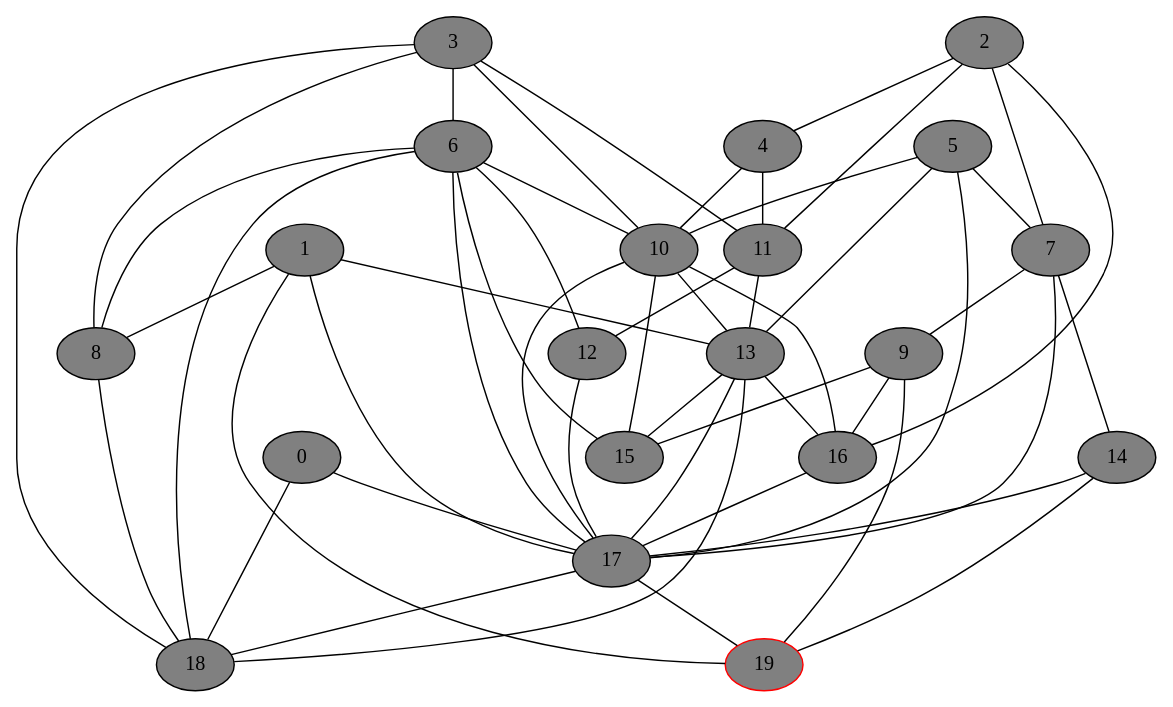
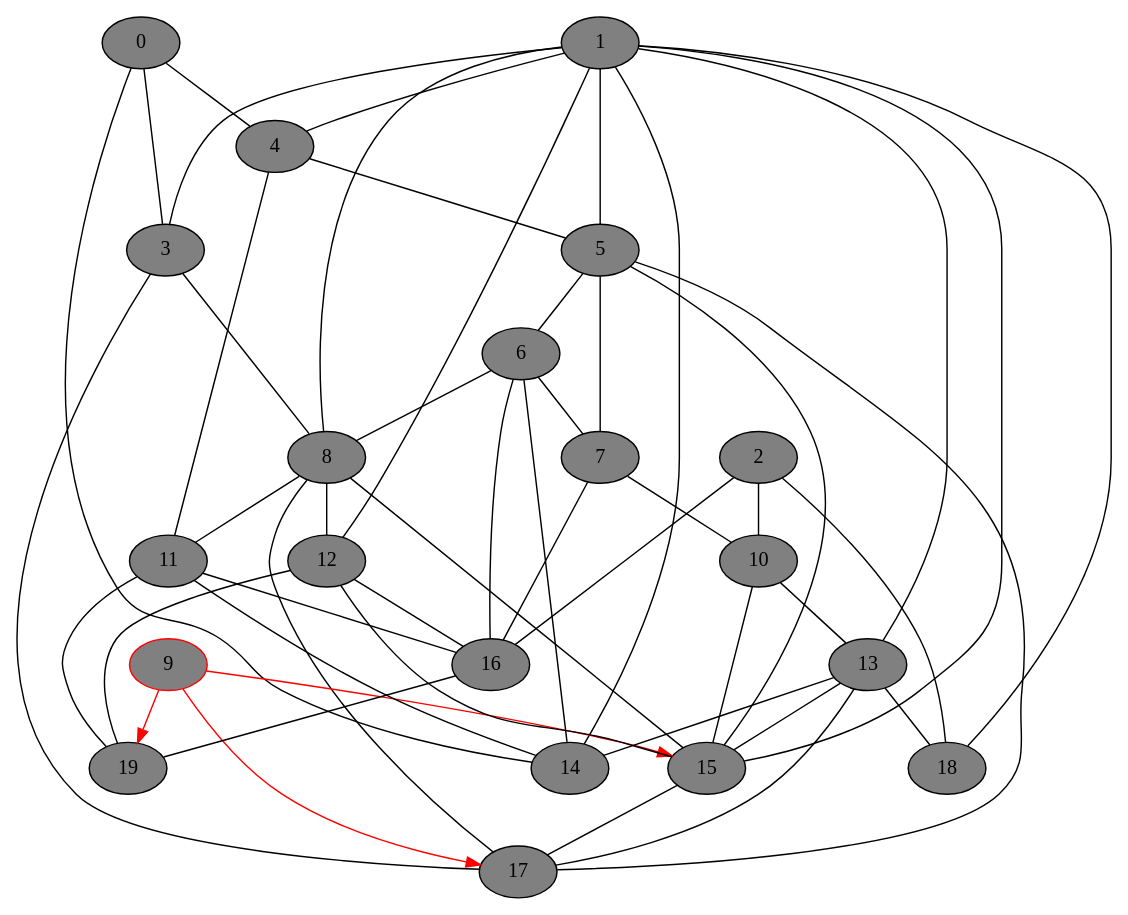
Before and after one commit to DSMishler/EBA_models: the diagram in gv_graphs/nxt0096.dot, drawn with Graphviz. The commit also changed 941 other files, not shown here.

```diff
--- a/gv_graphs/nxt0096.dot
+++ b/gv_graphs/nxt0096.dot
@@ -1,74 +1,74 @@
 // network test graph
 digraph
 {
 	0 [fillcolor=gray,style=filled,]
 	1 [fillcolor=gray,style=filled,]
 	2 [fillcolor=gray,style=filled,]
 	3 [fillcolor=gray,style=filled,]
 	4 [fillcolor=gray,style=filled,]
 	5 [fillcolor=gray,style=filled,]
 	6 [fillcolor=gray,style=filled,]
 	7 [fillcolor=gray,style=filled,]
 	8 [fillcolor=gray,style=filled,]
-	9 [fillcolor=gray,style=filled,]
+	9 [fillcolor=gray,style=filled,color=red,]
 	10 [fillcolor=gray,style=filled,]
 	11 [fillcolor=gray,style=filled,]
 	12 [fillcolor=gray,style=filled,]
 	13 [fillcolor=gray,style=filled,]
 	14 [fillcolor=gray,style=filled,]
 	15 [fillcolor=gray,style=filled,]
 	16 [fillcolor=gray,style=filled,]
 	17 [fillcolor=gray,style=filled,]
 	18 [fillcolor=gray,style=filled,]
-	19 [fillcolor=gray,style=filled,color=red,]
-	0 -> 17 [dir=none]
-	0 -> 18 [dir=none]
+	19 [fillcolor=gray,style=filled,]
+	0 -> 3 [dir=none]
+	0 -> 4 [dir=none]
+	0 -> 14 [dir=none]
+	1 -> 3 [dir=none]
+	1 -> 4 [dir=none]
+	1 -> 5 [dir=none]
 	1 -> 8 [dir=none]
+	1 -> 12 [dir=none]
 	1 -> 13 [dir=none]
-	1 -> 17 [dir=none]
-	1 -> 19 [dir=none]
-	2 -> 4 [dir=none]
-	2 -> 7 [dir=none]
-	2 -> 11 [dir=none]
+	1 -> 14 [dir=none]
+	1 -> 15 [dir=none]
+	1 -> 18 [dir=none]
+	2 -> 10 [dir=none]
 	2 -> 16 [dir=none]
-	3 -> 6 [dir=none]
+	2 -> 18 [dir=none]
 	3 -> 8 [dir=none]
-	3 -> 10 [dir=none]
-	3 -> 11 [dir=none]
-	3 -> 18 [dir=none]
-	4 -> 10 [dir=none]
+	3 -> 17 [dir=none]
+	4 -> 5 [dir=none]
 	4 -> 11 [dir=none]
+	5 -> 6 [dir=none]
 	5 -> 7 [dir=none]
-	5 -> 10 [dir=none]
-	5 -> 13 [dir=none]
+	5 -> 15 [dir=none]
 	5 -> 17 [dir=none]
+	6 -> 7 [dir=none]
 	6 -> 8 [dir=none]
-	6 -> 10 [dir=none]
-	6 -> 12 [dir=none]
-	6 -> 15 [dir=none]
-	6 -> 17 [dir=none]
-	6 -> 18 [dir=none]
-	7 -> 9 [dir=none]
-	7 -> 14 [dir=none]
-	7 -> 17 [dir=none]
-	8 -> 18 [dir=none]
-	9 -> 15 [dir=none]
-	9 -> 16 [dir=none]
-	9 -> 19 [dir=none]
+	6 -> 14 [dir=none]
+	6 -> 16 [dir=none]
+	7 -> 10 [dir=none]
+	7 -> 16 [dir=none]
+	8 -> 11 [dir=none]
+	8 -> 12 [dir=none]
+	8 -> 15 [dir=none]
+	8 -> 17 [dir=none]
+	9 -> 15 [dir=forward,color=red,]
+	9 -> 17 [dir=forward,color=red,]
+	9 -> 19 [dir=forward,color=red,]
 	10 -> 13 [dir=none]
 	10 -> 15 [dir=none]
-	10 -> 16 [dir=none]
-	10 -> 17 [dir=none]
-	11 -> 12 [dir=none]
-	11 -> 13 [dir=none]
-	12 -> 17 [dir=none]
+	11 -> 14 [dir=none]
+	11 -> 16 [dir=none]
+	11 -> 19 [dir=none]
+	12 -> 15 [dir=none]
+	12 -> 16 [dir=none]
+	12 -> 19 [dir=none]
+	13 -> 14 [dir=none]
 	13 -> 15 [dir=none]
-	13 -> 16 [dir=none]
 	13 -> 17 [dir=none]
 	13 -> 18 [dir=none]
-	14 -> 17 [dir=none]
-	14 -> 19 [dir=none]
-	16 -> 17 [dir=none]
-	17 -> 18 [dir=none]
-	17 -> 19 [dir=none]
+	15 -> 17 [dir=none]
+	16 -> 19 [dir=none]
 }
```
